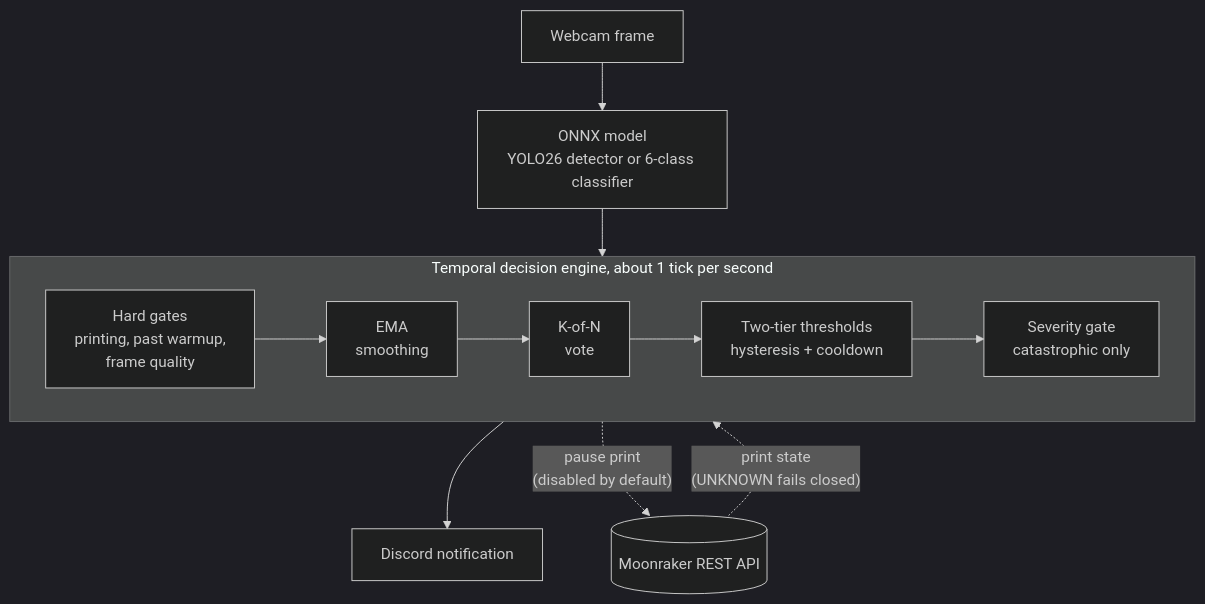
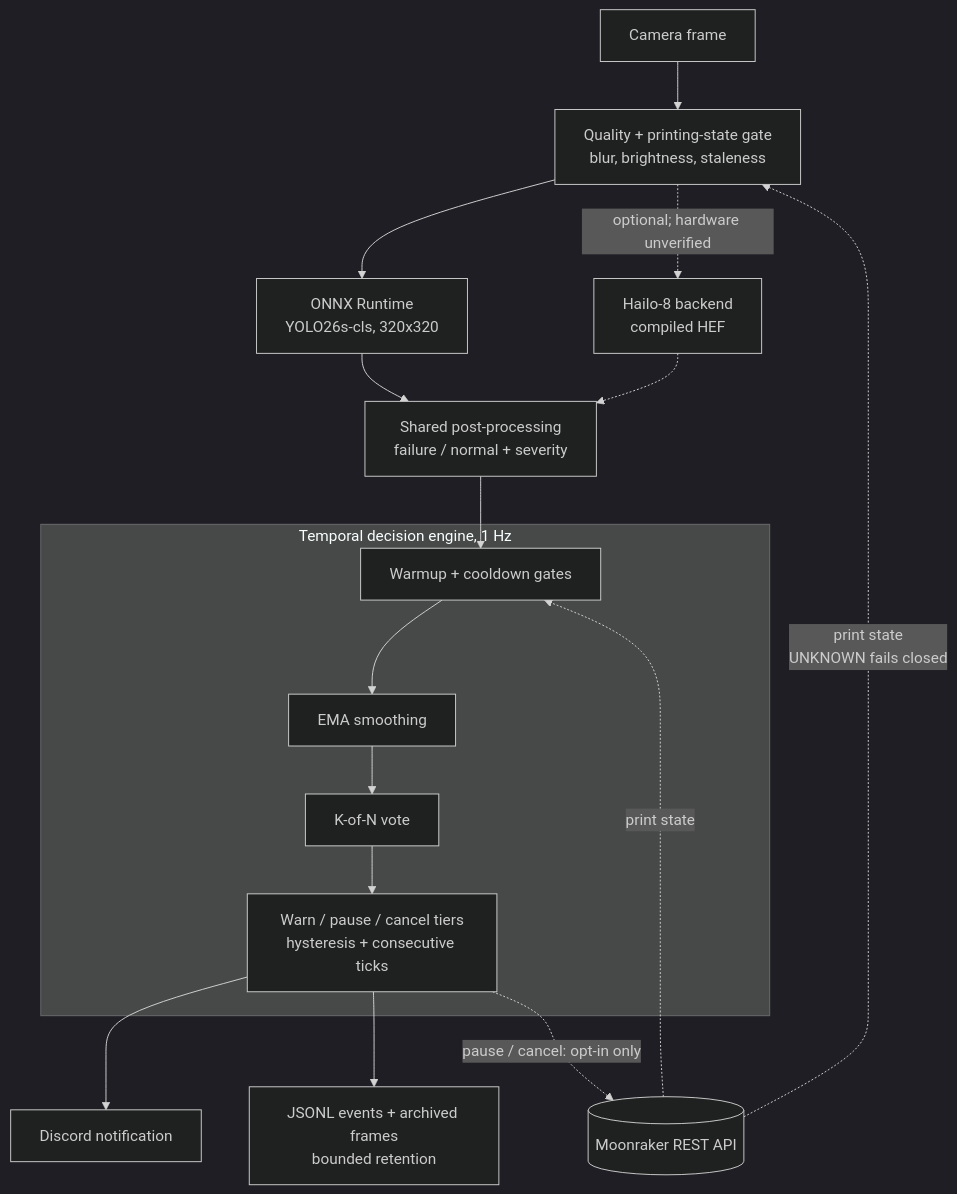
The diagram in projects/3d-print-ai-fail-detector.md (v3rac1ty/portfolio), drawn with Mermaid (dark theme) before and after one commit. The commit also changed other lines of this file and 8 other files, not shown here.

````diff
--- a/projects/3d-print-ai-fail-detector.md
+++ b/projects/3d-print-ai-fail-detector.md
@@ -17,17 +35,21 @@
 ```mermaid
 flowchart TB
-    cam["Webcam frame"] --> model["ONNX model<br/>YOLO26 detector or 6-class classifier"]
-    model --> engine
+    cam["Camera frame"] --> gate["Quality + printing-state gate<br/>blur, brightness, staleness"]
+    moonraker[("Moonraker REST API")] -. "print state<br/>UNKNOWN fails closed" .-> gate
+    gate --> onnx["ONNX Runtime<br/>YOLO26s-cls, 320x320"]
+    gate -. "optional; hardware unverified" .-> hailo["Hailo-8 backend<br/>compiled HEF"]
+    onnx --> score["Shared post-processing<br/>failure / normal + severity"]
+    hailo -.-> score
+    score --> gates
 
-    subgraph engine["Temporal decision engine, about 1 tick per second"]
-        direction LR
-        gates["Hard gates<br/>printing, past warmup,<br/>frame quality"] --> ema["EMA<br/>smoothing"]
-        ema --> vote["K-of-N<br/>vote"]
-        vote --> hyst["Two-tier thresholds<br/>hysteresis + cooldown"]
-        hyst --> sev["Severity gate<br/>catastrophic only"]
+    subgraph engine["Temporal decision engine, 1 Hz"]
+        gates["Warmup + cooldown gates"] --> ema["EMA smoothing"]
+        ema --> vote["K-of-N vote"]
+        vote --> thresholds["Warn / pause / cancel tiers<br/>hysteresis + consecutive ticks"]
     end
 
-    moonraker[("Moonraker REST API")] -. "print state<br/>(UNKNOWN fails closed)" .-> engine
-    engine --> discord["Discord notification"]
-    engine -. "pause print<br/>(disabled by default)" .-> moonraker
+    moonraker -. "print state" .-> gates
+    thresholds --> discord["Discord notification"]
+    thresholds --> log["JSONL events + archived frames<br/>bounded retention"]
+    thresholds -. "pause / cancel: opt-in only" .-> moonraker
 ```
````
